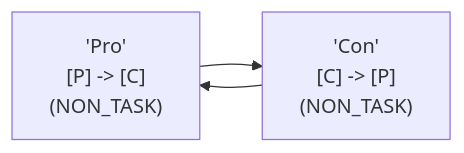
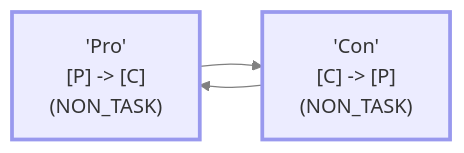
One commit to obsidian-tasks-group/obsidian-tasks changed the third of 3 diagrams in docs/Getting Started/Statuses/Recurring Tasks and Custom Statuses.md. Above: the diagram before and after it, drawn with Mermaid. The commit also changed other lines of this file and 1 other file, not shown here.

Commit message:
docs: Show Status Type as coloured edges in Status Diagrams

````diff
--- a/docs/Getting Started/Statuses/Recurring Tasks and Custom Statuses.md
+++ b/docs/Getting Started/Statuses/Recurring Tasks and Custom Statuses.md
@@ -158,7 +176,16 @@
 ```mermaid
 flowchart LR
-1["'Pro'<br>[P] -> [C]<br>(NON_TASK)"]
-2["'Con'<br>[C] -> [P]<br>(NON_TASK)"]
+
+classDef TODO        stroke:#f33,stroke-width:3px;
+classDef DONE        stroke:#0c0,stroke-width:3px;
+classDef IN_PROGRESS stroke:#fa0,stroke-width:3px;
+classDef CANCELLED   stroke:#ddd,stroke-width:3px;
+classDef NON_TASK    stroke:#99e,stroke-width:3px;
+
+1["'Pro'<br>[P] -> [C]<br>(NON_TASK)"]:::NON_TASK
+2["'Con'<br>[C] -> [P]<br>(NON_TASK)"]:::NON_TASK
 1 --> 2
 2 --> 1
+
+linkStyle default stroke:gray
 ```
````
